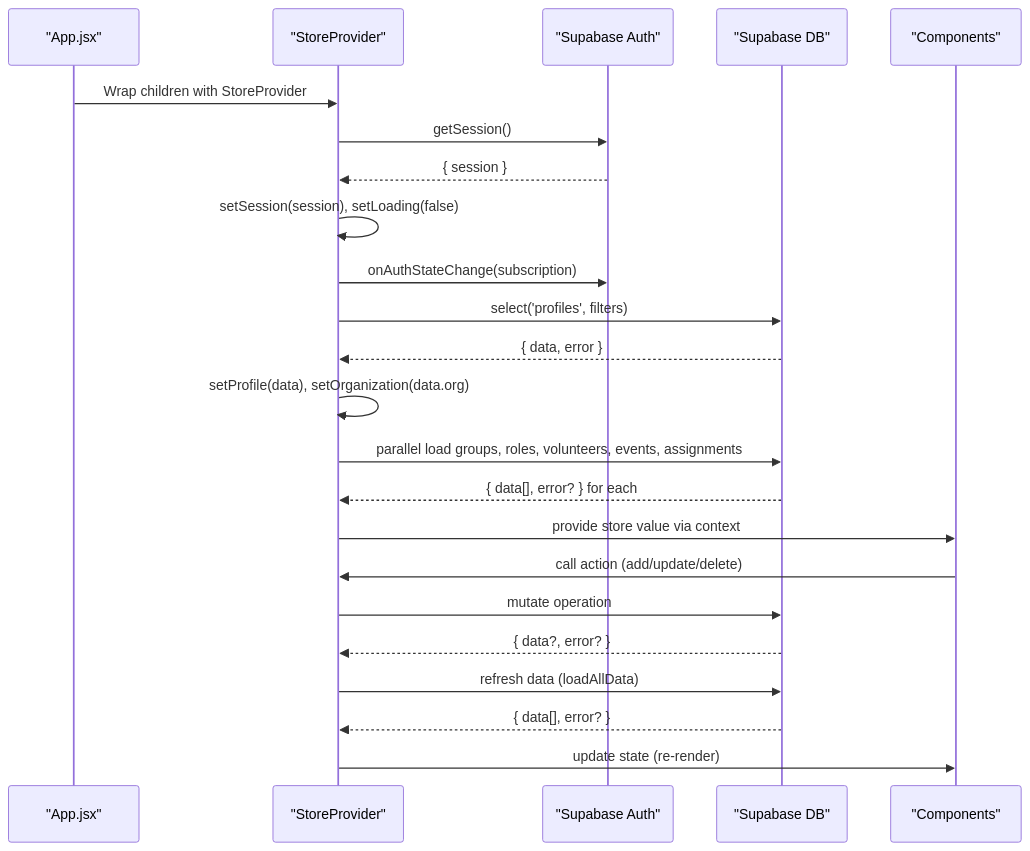
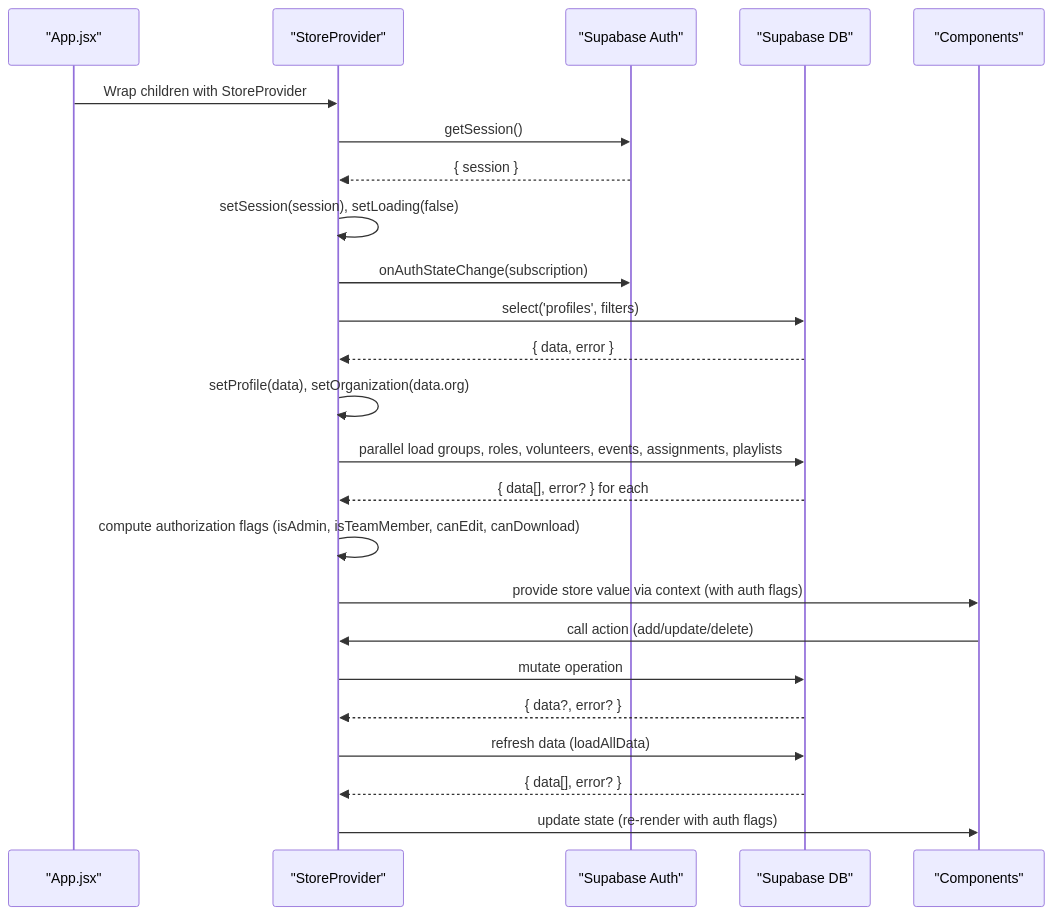
The second of 9 diagrams in .qoder/repowiki/en/content/State Management System/State Management System.md (netdaniel/serveflow), drawn with Mermaid before and after one commit. The commit also changed other lines of this file and 15 other files, not shown here.

````diff
--- a/.qoder/repowiki/en/content/State Management System/State Management System.md
+++ b/.qoder/repowiki/en/content/State Management System/State Management System.md
@@ -115,25 +138,26 @@
 ```mermaid
 sequenceDiagram
 participant App as "App.jsx"
 participant Provider as "StoreProvider"
 participant Auth as "Supabase Auth"
 participant DB as "Supabase DB"
 participant Comp as "Components"
 App->>Provider : Wrap children with StoreProvider
 Provider->>Auth : getSession()
 Auth-->>Provider : { session }
 Provider->>Provider : setSession(session), setLoading(false)
 Provider->>Auth : onAuthStateChange(subscription)
 Provider->>DB : select('profiles', filters)
 DB-->>Provider : { data, error }
 Provider->>Provider : setProfile(data), setOrganization(data.org)
-Provider->>DB : parallel load groups, roles, volunteers, events, assignments
+Provider->>DB : parallel load groups, roles, volunteers, events, assignments, playlists
 DB-->>Provider : { data[], error? } for each
-Provider->>Comp : provide store value via context
+Provider->>Provider : compute authorization flags (isAdmin, isTeamMember, canEdit, canDownload)
+Provider->>Comp : provide store value via context (with auth flags)
 Comp->>Provider : call action (add/update/delete)
 Provider->>DB : mutate operation
 DB-->>Provider : { data?, error? }
 Provider->>DB : refresh data (loadAllData)
 DB-->>Provider : { data[], error? }
-Provider->>Comp : update state (re-render)
+Provider->>Comp : update state (re-render with auth flags)
 ```
````
